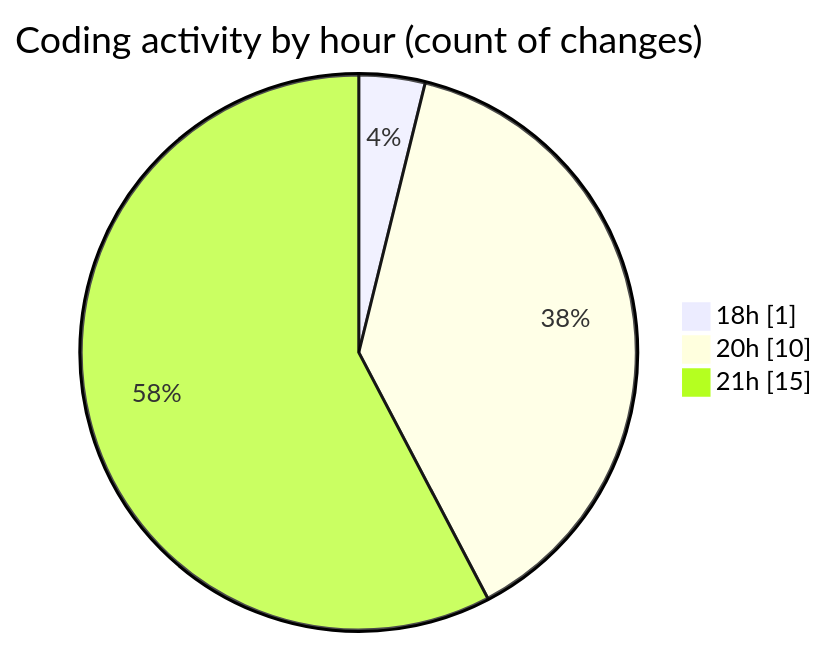
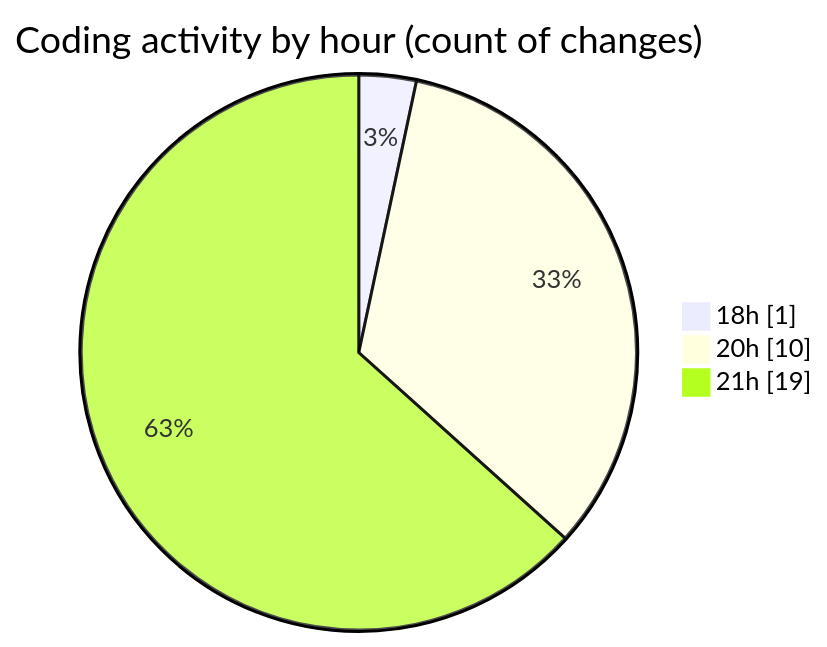
The second of 2 diagrams in 2025-10-08/untitled__workspace_/README.md (MatusMokan/code-tracking), drawn with Mermaid before and after one commit. The commit also changed other lines of this file and 1 other file, not shown here.

````diff
--- a/2025-10-08/untitled__workspace_/README.md
+++ b/2025-10-08/untitled__workspace_/README.md
@@ -31,7 +31,7 @@
 ```mermaid
 pie showData
 title Coding activity by hour (count of changes)
 "18h" : 1
 "20h" : 10
-"21h" : 15
+"21h" : 19
 ```
````
